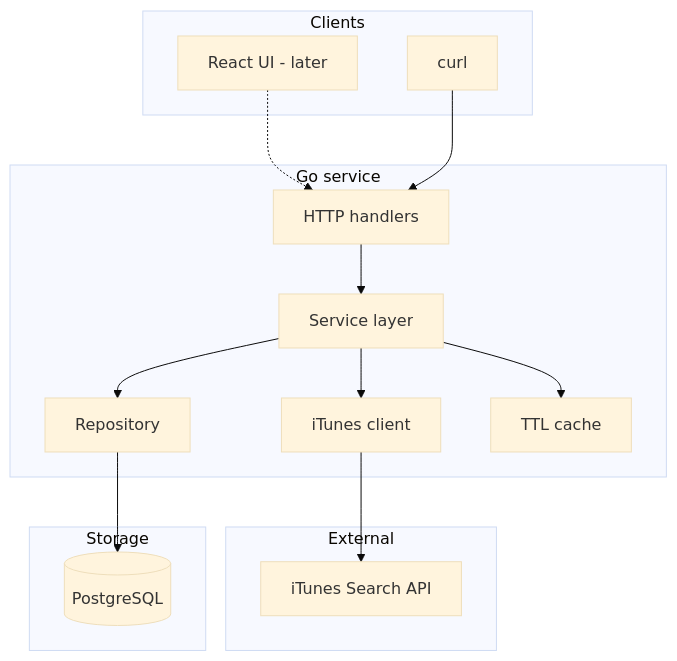
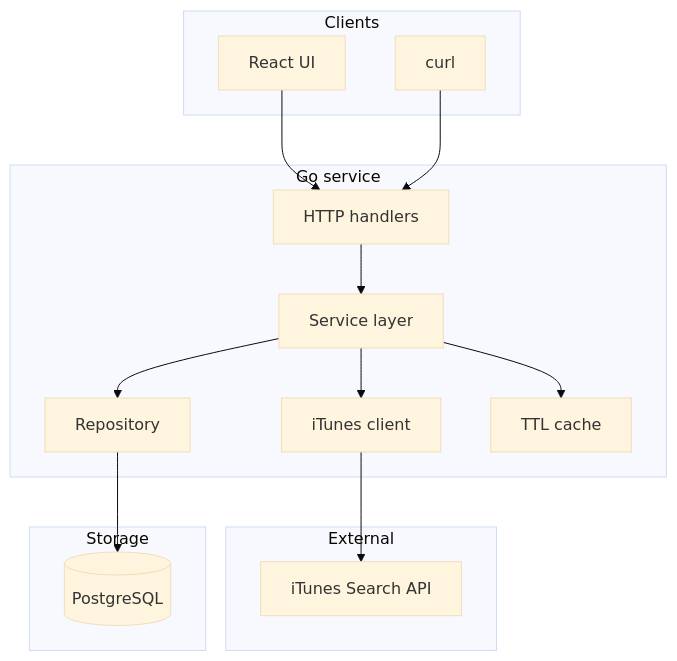
One commit to shreyamahadik9805dev/content-control-plane changed the diagram in README.md. Above: the diagram before and after it, drawn with Mermaid (base theme). The commit also changed other lines of this file and 1 other file, not shown here.

````diff
--- a/README.md
+++ b/README.md
@@ -60,32 +64,32 @@
 ```mermaid
 flowchart TB
   subgraph clients [Clients]
-    UI[React UI - later]
+    UI[React UI]
     CLI[curl]
   end
 
   subgraph go [Go service]
     H[HTTP handlers]
     S[Service layer]
     R[Repository]
     IT[iTunes client]
     CA[TTL cache]
   end
 
   subgraph external [External]
     ITU[iTunes Search API]
   end
 
   subgraph storage [Storage]
     PG[(PostgreSQL)]
   end
 
-  UI -.-> H
+  UI --> H
   CLI --> H
   H --> S
   S --> CA
   S --> R
   R --> PG
   S --> IT
   IT --> ITU
 ```
````
